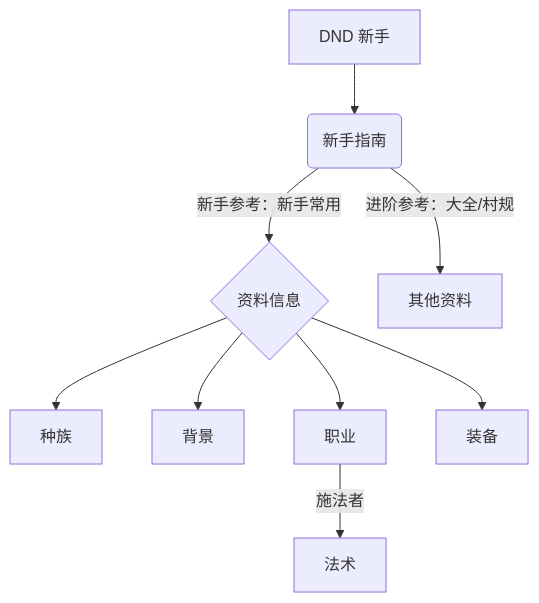
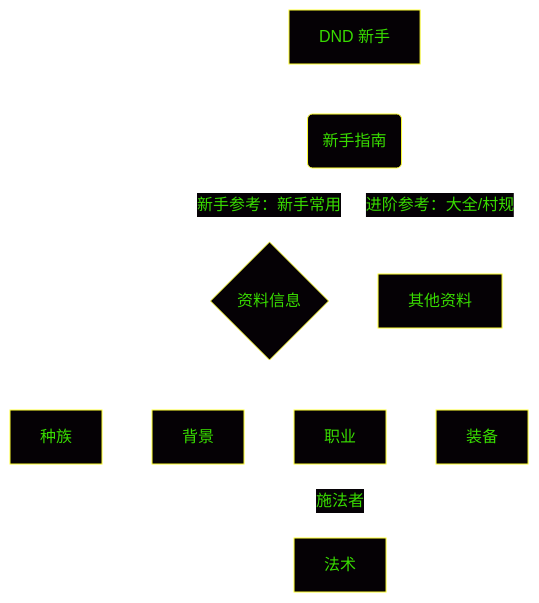
The first of 2 diagrams in Vue-Press-Plume/docs/hotline/help.md (ShinKan42/TTRPG), drawn with Mermaid before and after one commit. The commit also changed 3 other files, not shown here.

````diff
--- a/Vue-Press-Plume/docs/hotline/help.md
+++ b/Vue-Press-Plume/docs/hotline/help.md
@@ -61,12 +61,36 @@
 ```mermaid
+
+%%{
+  init: {
+    'theme': 'base',
+    'themeVariables': {
+      'fontFamily': 'verdana',
+      'primaryColor': 'rgba(5, 1, 5, 1)',
+      'primaryTextColor': 'rgba(65, 255, 0, 0.86)',
+      'primaryBorderColor': 'rgba(255, 255, 51, 1)',
+      'lineColor': 'rgba(255, 255, 255, 1)',
+      'secondaryColor': 'rgba(5, 1, 5, 1)',
+      'secondaryBorderColor': 'rgba(255, 255, 51, 1)',
+      'secondaryTextColor':'rgba(65, 255, 0, 0.86)',
+      'tertiaryColor': 'rgba(5, 1, 5, 1)',
+      'tertiaryBorderColor': 'rgba(255, 255, 51, 1)',
+      'tertiaryTextColor':'rgba(65, 255, 0, 0.86)',
+      'noteBkgColor': 'rgba(5, 1, 5, 1)',
+      'noteTextColor': 'rgba(65, 255, 0, 0.86)',
+      'noteBorderColor': 'rgba(255, 255, 51, 1)',
+      'textColor': 'rgba(65, 255, 0, 0.86)',
+      'mainBkg': 'rgba(5, 1, 5, 1)'
+    }
+  }
+}%%
 
 flowchart TD
     A[DND 新手] --> B(新手指南)
     B --> |新手参考：新手常用| C{资料信息}
     B --> |进阶参考：大全/村规| D[其他资料]
     C --> E[种族]
     C --> F[背景]
     C --> G[职业] --> |施法者| I[法术]
     C --> H[装备]
 
 ```
````
